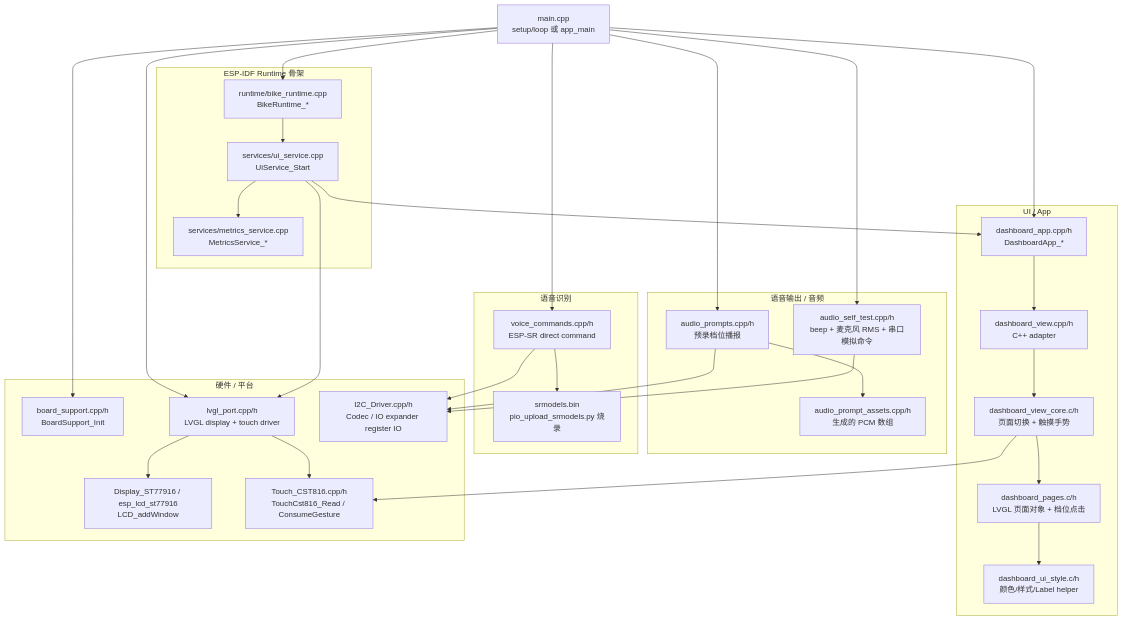
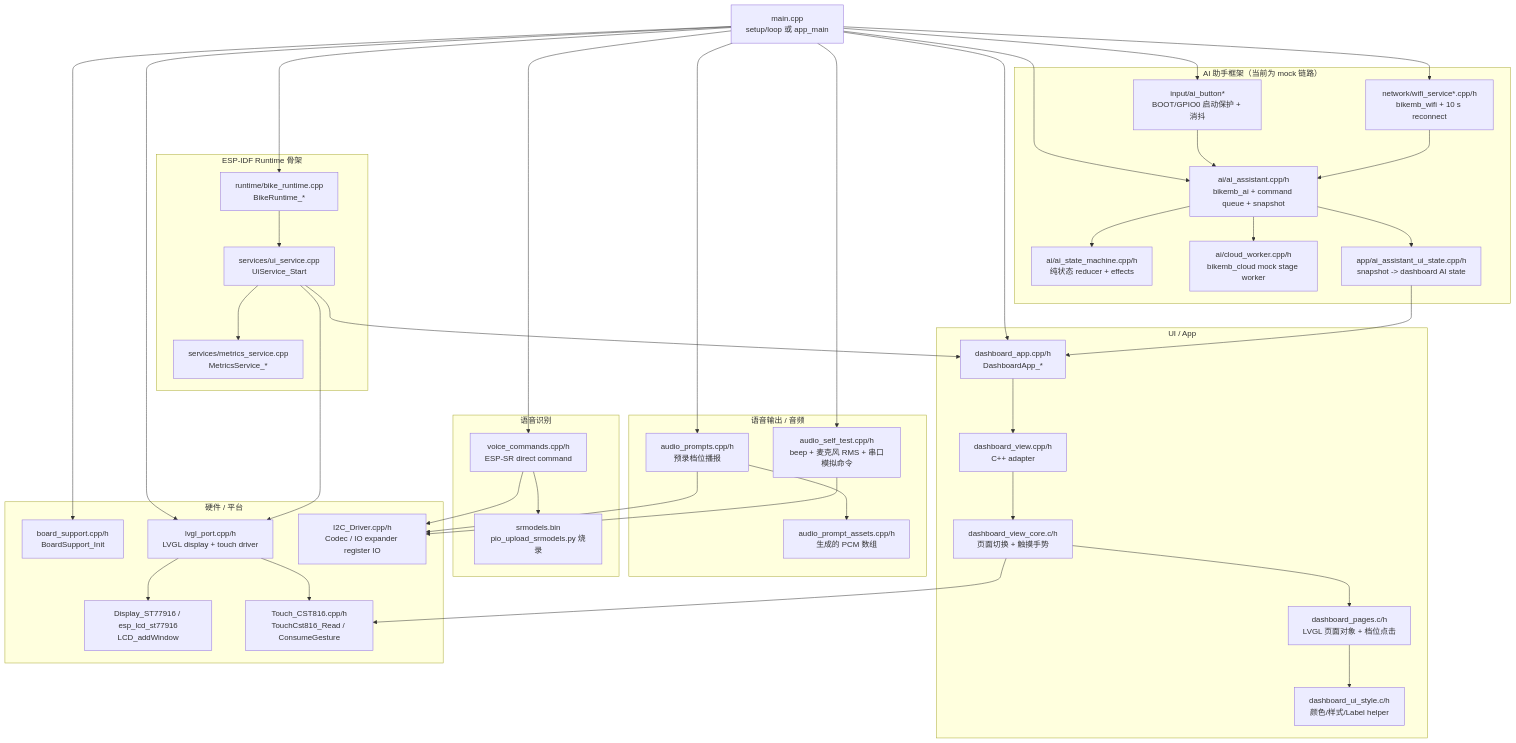
One commit to Yangth1993/BikeMB changed the first of 5 diagrams in docs/software-architecture.md. Above: the diagram before and after it, drawn with Mermaid. The commit also changed other lines of this file and 1 other file, not shown here.

Commit message:
docs: refresh current software architecture

````diff
--- a/docs/software-architecture.md
+++ b/docs/software-architecture.md
@@ -16,63 +16,81 @@
 ```mermaid
 flowchart TB
   MAIN["main.cpp<br/>setup/loop 或 app_main"]
 
   subgraph UI["UI / App"]
     DASHAPP["dashboard_app.cpp/h<br/>DashboardApp_*"]
     DASHVIEW["dashboard_view.cpp/h<br/>C++ adapter"]
     DASHCORE["dashboard_view_core.c/h<br/>页面切换 + 触摸手势"]
     DASHPAGES["dashboard_pages.c/h<br/>LVGL 页面对象 + 档位点击"]
     STYLE["dashboard_ui_style.c/h<br/>颜色/样式/Label helper"]
   end
 
   subgraph AUDIO["语音输出 / 音频"]
     PROMPTS["audio_prompts.cpp/h<br/>预录档位播报"]
     ASSETS["audio_prompt_assets.cpp/h<br/>生成的 PCM 数组"]
     SELFTEST["audio_self_test.cpp/h<br/>beep + 麦克风 RMS + 串口模拟命令"]
   end
 
   subgraph VOICE["语音识别"]
     VOICECMD["voice_commands.cpp/h<br/>ESP-SR direct command"]
     SRMODELS["srmodels.bin<br/>pio_upload_srmodels.py 烧录"]
   end
 
   subgraph HW["硬件 / 平台"]
     BSP["board_support.cpp/h<br/>BoardSupport_Init"]
     LVGLPORT["lvgl_port.cpp/h<br/>LVGL display + touch driver"]
     LCD["Display_ST77916 / esp_lcd_st77916<br/>LCD_addWindow"]
     TOUCH["Touch_CST816.cpp/h<br/>TouchCst816_Read / ConsumeGesture"]
     I2C["I2C_Driver.cpp/h<br/>Codec / IO expander register IO"]
   end
 
   subgraph IDF["ESP-IDF Runtime 骨架"]
     RUNTIME["runtime/bike_runtime.cpp<br/>BikeRuntime_*"]
     UISVC["services/ui_service.cpp<br/>UiService_Start"]
     METRICSVC["services/metrics_service.cpp<br/>MetricsService_*"]
   end
 
+  subgraph AI["AI 助手框架（当前为 mock 链路）"]
+    AIBUTTON["input/ai_button*<br/>BOOT/GPIO0 启动保护 + 消抖"]
+    ASSISTANT["ai/ai_assistant.cpp/h<br/>bikemb_ai + command queue + snapshot"]
+    AISTATE["ai/ai_state_machine.cpp/h<br/>纯状态 reducer + effects"]
+    CLOUD["ai/cloud_worker.cpp/h<br/>bikemb_cloud mock stage worker"]
+    AIVIEW["app/ai_assistant_ui_state.cpp/h<br/>snapshot -> dashboard AI state"]
+    WIFI["network/wifi_service*.cpp/h<br/>bikemb_wifi + 10 s reconnect"]
+  end
+
   MAIN --> BSP
   MAIN --> LVGLPORT
   MAIN --> DASHAPP
   MAIN --> PROMPTS
   MAIN --> SELFTEST
   MAIN --> VOICECMD
+  MAIN --> AIBUTTON
+  MAIN --> ASSISTANT
+  MAIN --> WIFI
 
   DASHAPP --> DASHVIEW
   DASHVIEW --> DASHCORE
   DASHCORE --> DASHPAGES
   DASHPAGES --> STYLE
   DASHCORE --> TOUCH
   LVGLPORT --> LCD
   LVGLPORT --> TOUCH
   PROMPTS --> ASSETS
   PROMPTS --> I2C
   SELFTEST --> I2C
   VOICECMD --> I2C
   VOICECMD --> SRMODELS
+  AIBUTTON --> ASSISTANT
+  ASSISTANT --> AISTATE
+  ASSISTANT --> CLOUD
+  WIFI --> ASSISTANT
+  ASSISTANT --> AIVIEW
+  AIVIEW --> DASHAPP
 
   MAIN --> RUNTIME
   RUNTIME --> UISVC
   UISVC --> LVGLPORT
   UISVC --> DASHAPP
   UISVC --> METRICSVC
 ```
````
